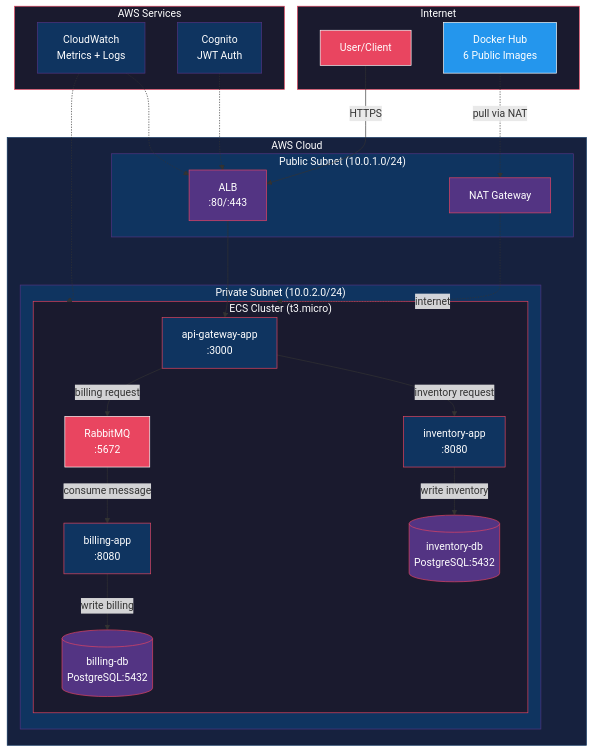
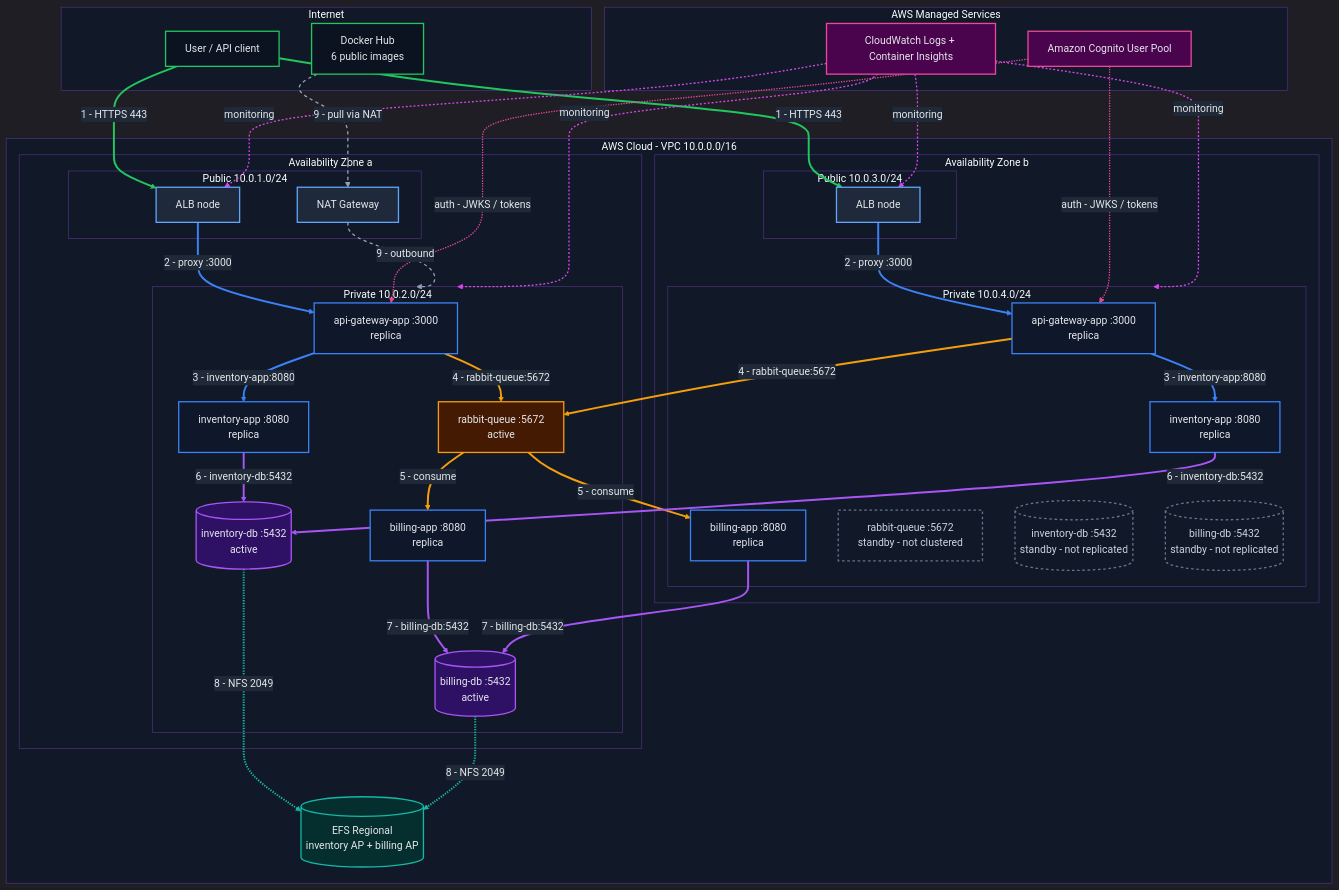
Before and after one commit to oriax11/Cloud-Design: the first of 3 diagrams in docs/architecture-plan.md, drawn with Mermaid. The commit also changed other lines of this file and 1 other file, not shown here.

````diff
--- a/docs/architecture-plan.md
+++ b/docs/architecture-plan.md
@@ -28,64 +60,102 @@
 ```mermaid
+%%{init: {'theme':'dark', 'themeVariables': {'background':'#0f172a','mainBkg':'#1f2937','primaryColor':'#1f2937','primaryTextColor':'#e5e7eb','primaryBorderColor':'#e94560','lineColor':'#9ca3af','textColor':'#e5e7eb','clusterBkg':'#111827','clusterBorder':'#533483','edgeLabelBackground':'#1f2937','fontFamily':'ui-monospace, monospace'}}}%%
 flowchart TB
     subgraph Internet
-        User[User/Client]
-        DockerHub[Docker Hub<br/>6 Public Images]
+        User[User / API client]
+        DockerHub[Docker Hub<br/>6 public images]
     end
 
-    subgraph AWS_Cloud["AWS Cloud"]
-        subgraph Public_Subnet["Public Subnet (10.0.1.0/24)"]
-            ALB[ALB<br/>:80/:443]
-            NAT[NAT Gateway]
+    subgraph AWS["AWS Cloud - VPC 10.0.0.0/16"]
+        subgraph AZa["Availability Zone a"]
+            subgraph PubA["Public 10.0.1.0/24"]
+                ALBa[ALB node]
+                NAT[NAT Gateway]
+            end
+            subgraph PrivA["Private 10.0.2.0/24"]
+                GWA[api-gateway-app :3000<br/>replica]
+                INVA[inventory-app :8080<br/>replica]
+                BILLA[billing-app :8080<br/>replica]
+                RABBA[rabbit-queue :5672<br/>active]
+                INVDBa[(inventory-db :5432<br/>active)]
+                BILLDBa[(billing-db :5432<br/>active)]
+            end
         end
 
-        subgraph Private_Subnet["Private Subnet (10.0.2.0/24)"]
-            subgraph ECS["ECS Cluster (t3.micro)"]
-                GW[api-gateway-app<br/>:3000]
-                INV[inventory-app<br/>:8080]
-                BILL[billing-app<br/>:8080]
-                RABBIT[RabbitMQ<br/>:5672]
-                INV_DB[(inventory-db<br/>PostgreSQL:5432)]
-                BILL_DB[(billing-db<br/>PostgreSQL:5432)]
+        subgraph AZb["Availability Zone b"]
+            subgraph PubB["Public 10.0.3.0/24"]
+                ALBb[ALB node]
+            end
+            subgraph PrivB["Private 10.0.4.0/24"]
+                GWB[api-gateway-app :3000<br/>replica]
+                INVB[inventory-app :8080<br/>replica]
+                BILLB[billing-app :8080<br/>replica]
+                RABBB[rabbit-queue :5672<br/>standby - not clustered]
+                INVDBb[(inventory-db :5432<br/>standby - not replicated)]
+                BILLDBb[(billing-db :5432<br/>standby - not replicated)]
             end
         end
+
+        EFS[(EFS Regional<br/>inventory AP + billing AP)]
     end
 
-    subgraph AWS_Services["AWS Services"]
-        CW[CloudWatch<br/>Metrics + Logs]
-        COGNITO[Cognito<br/>JWT Auth]
+    subgraph Managed["AWS Managed Services"]
+        CW[CloudWatch Logs + Container Insights]
+        COG[Amazon Cognito User Pool]
     end
 
-    User -->|HTTPS| ALB
-    ALB --> GW
-    GW -->|inventory request| INV
-    GW -->|billing request| RABBIT
-    RABBIT -->|consume message| BILL
-    BILL -->|write billing| BILL_DB
-    INV -->|write inventory| INV_DB
+    %% Traffic edges are numbered in flow order; colours are set in linkStyle below.
+    User ==>|"1 - HTTPS 443"| ALBa
+    User ==>|"1 - HTTPS 443"| ALBb
+    ALBa ==>|"2 - proxy :3000"| GWA
+    ALBb ==>|"2 - proxy :3000"| GWB
+    GWA ==>|"3 - inventory-app:8080"| INVA
+    GWB ==>|"3 - inventory-app:8080"| INVB
+    GWA ==>|"4 - rabbit-queue:5672"| RABBA
+    GWB ==>|"4 - rabbit-queue:5672"| RABBA
+    RABBA ==>|"5 - consume"| BILLA
+    RABBA ==>|"5 - consume"| BILLB
+    INVA ==>|"6 - inventory-db:5432"| INVDBa
+    INVB ==>|"6 - inventory-db:5432"| INVDBa
+    BILLA ==>|"7 - billing-db:5432"| BILLDBa
+    BILLB ==>|"7 - billing-db:5432"| BILLDBa
+    INVDBa -.->|"8 - NFS 2049"| EFS
+    BILLDBa -.->|"8 - NFS 2049"| EFS
+    DockerHub -.->|"9 - pull via NAT"| NAT
+    NAT -.->|"9 - outbound"| PrivA
+    COG -.->|"auth - JWKS / tokens"| GWA
+    COG -.->|"auth - JWKS / tokens"| GWB
+    CW -.->|"monitoring"| PrivA
+    CW -.->|"monitoring"| PrivB
+    CW -.->|"monitoring"| ALBa
+    CW -.->|"monitoring"| ALBb
 
-    DockerHub -.->|pull via NAT| NAT
-    NAT -.->|internet| ECS
+    %% Node colour groups (different parts of the architecture)
+    classDef external fill:#0b1220,stroke:#22c55e,color:#e5e7eb,stroke-width:2px
+    classDef public fill:#1e293b,stroke:#60a5fa,color:#e5e7eb,stroke-width:2px
+    classDef app fill:#0f172a,stroke:#3b82f6,color:#e5e7eb,stroke-width:2px
+    classDef queue fill:#451a03,stroke:#f59e0b,color:#e5e7eb,stroke-width:2px
+    classDef db fill:#2e1065,stroke:#a855f7,color:#e5e7eb,stroke-width:2px
+    classDef standby fill:#111827,stroke:#64748b,color:#cbd5e1,stroke-width:2px,stroke-dasharray:4 4
+    classDef storage fill:#042f2e,stroke:#14b8a6,color:#e5e7eb,stroke-width:2px
+    classDef managed fill:#4a044e,stroke:#ec4899,color:#e5e7eb,stroke-width:2px
 
-    CW -.-> ECS
-    CW -.-> ALB
-    COGNITO -.-> ALB
+    class User,DockerHub external
+    class ALBa,ALBb,NAT public
+    class GWA,INVA,BILLA,GWB,INVB,BILLB app
+    class RABBA queue
+    class INVDBa,BILLDBa db
+    class RABBB,INVDBb,BILLDBb standby
+    class EFS storage
+    class CW,COG managed
 
-    style Internet fill:#1a1a2e,stroke:#e94560,color:#ffffff
-    style AWS_Cloud fill:#16213e,stroke:#0f3460,color:#ffffff
-    style Public_Subnet fill:#0f3460,stroke:#533483,color:#ffffff
-    style Private_Subnet fill:#0f3460,stroke:#533483,color:#ffffff
-    style ECS fill:#1a1a2e,stroke:#e94560,color:#ffffff
-    style AWS_Services fill:#1a1a2e,stroke:#e94560,color:#ffffff
-    style User fill:#e94560,stroke:#ffffff,color:#ffffff
-    style DockerHub fill:#2496ED,stroke:#ffffff,color:#ffffff
-    style ALB fill:#533483,stroke:#e94560,color:#ffffff
-    style NAT fill:#533483,stroke:#e94560,color:#ffffff
-    style GW fill:#0f3460,stroke:#e94560,color:#ffffff
-    style INV fill:#0f3460,stroke:#e94560,color:#ffffff
-    style BILL fill:#0f3460,stroke:#e94560,color:#ffffff
-    style RABBIT fill:#e94560,stroke:#ffffff,color:#ffffff
-    style INV_DB fill:#533483,stroke:#e94560,color:#ffffff
-    style BILL_DB fill:#533483,stroke:#e94560,color:#ffffff
-    style CW fill:#0f3460,stroke:#533483,color:#ffffff
-    style COGNITO fill:#0f3460,stroke:#533483,color:#ffffff
+    %% Traffic colours (see legend below)
+    linkStyle 0,1 stroke:#22c55e,stroke-width:3px
+    linkStyle 2,3 stroke:#3b82f6,stroke-width:3px
+    linkStyle 4,5 stroke:#3b82f6,stroke-width:3px
+    linkStyle 6,7,8,9 stroke:#f59e0b,stroke-width:3px
+    linkStyle 10,11,12,13 stroke:#a855f7,stroke-width:3px
+    linkStyle 14,15 stroke:#14b8a6,stroke-width:3px
+    linkStyle 16,17 stroke:#94a3b8,stroke-width:2px,stroke-dasharray:5 5
+    linkStyle 18,19 stroke:#ec4899,stroke-width:2px
+    linkStyle 20,21,22,23 stroke:#d946ef,stroke-width:2px,stroke-dasharray:3 3
 ```
````
